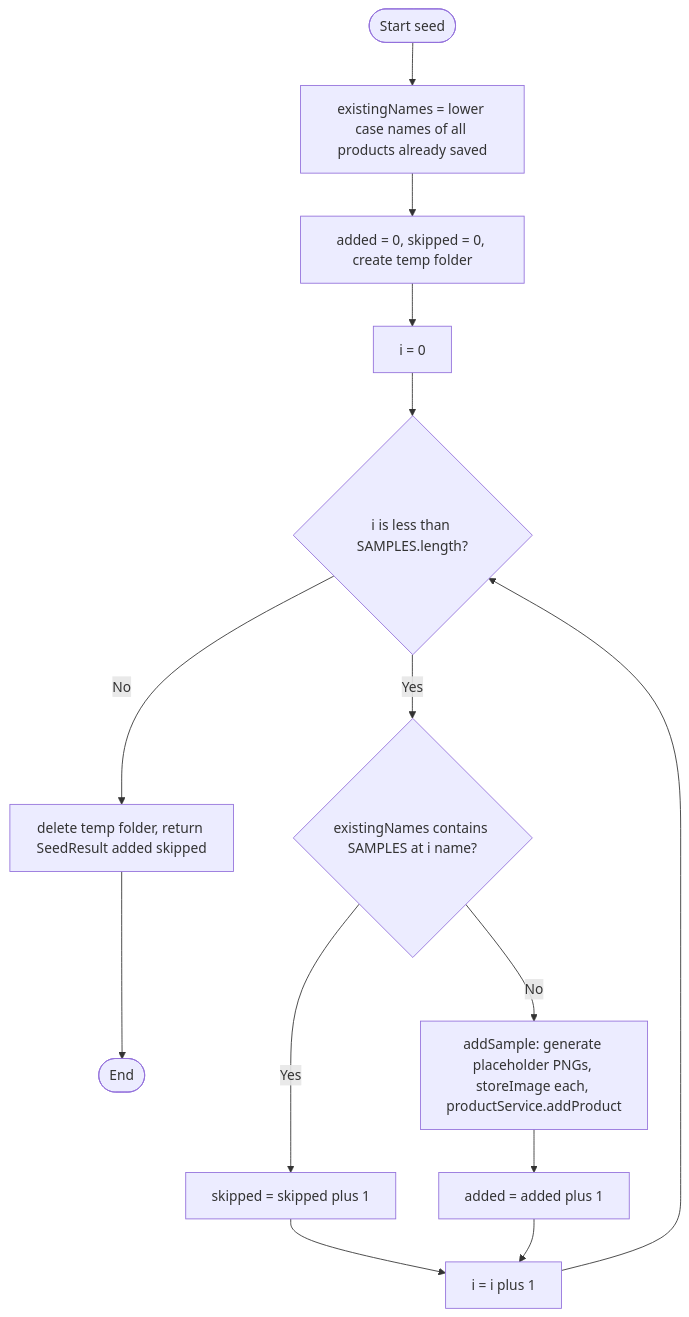
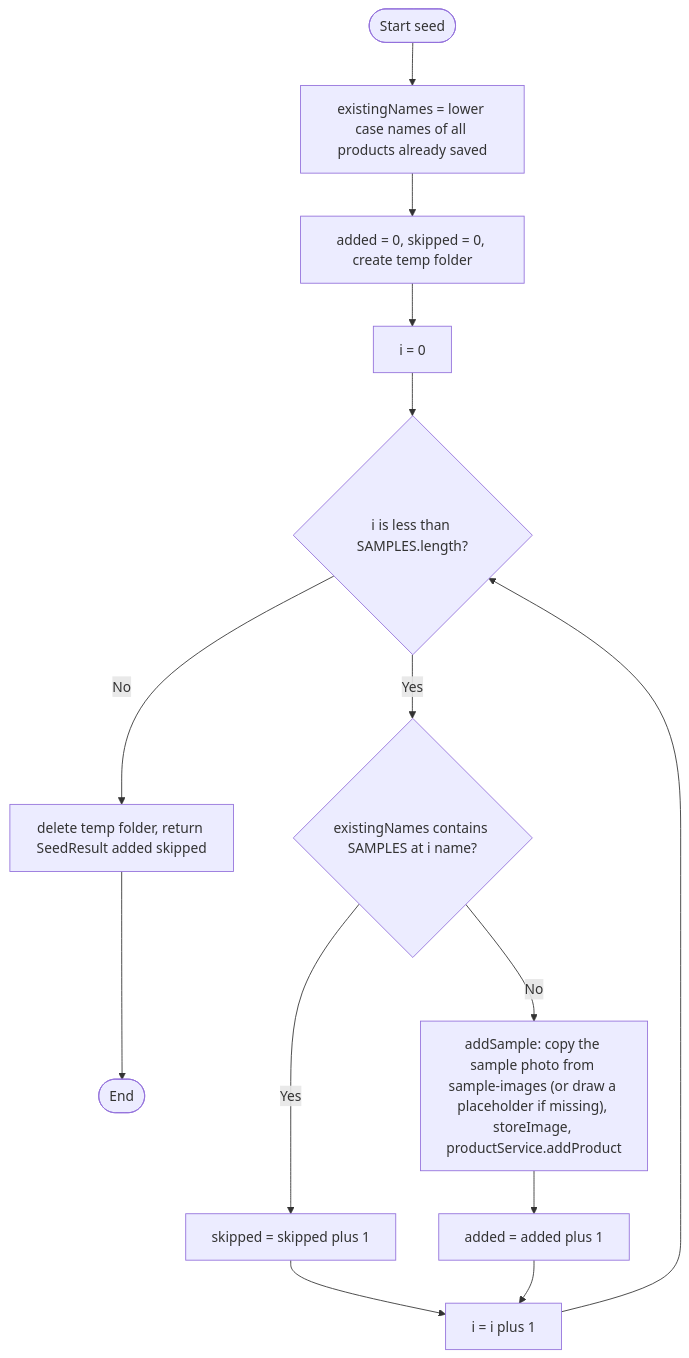
Before and after one commit to sfarshadchoudhury-dot/NC1605-Marketplace: diagram 23 of 29 in components/products/docs/04-diagrams.md, drawn with Mermaid. The commit also changed 21 other files, not shown here.

Commit message:
Add product photos for the sample data so everyone seeds the same pictures

````diff
--- a/components/products/docs/04-diagrams.md
+++ b/components/products/docs/04-diagrams.md
@@ -657,16 +657,16 @@
 ```mermaid
 flowchart TD
     A([Start seed]) --> B["existingNames = lower case names of all products already saved"]
     B --> C["added = 0, skipped = 0, create temp folder"]
     C --> D["i = 0"]
     D --> E{"i is less than SAMPLES.length?"}
     E -- No --> J["delete temp folder, return SeedResult added skipped"]
     E -- Yes --> F{"existingNames contains SAMPLES at i name?"}
     F -- Yes --> G["skipped = skipped plus 1"]
-    F -- No --> H["addSample: generate placeholder PNGs, storeImage each, productService.addProduct"]
+    F -- No --> H["addSample: copy the sample photo from sample-images (or draw a placeholder if missing), storeImage, productService.addProduct"]
     H --> I["added = added plus 1"]
     G --> K["i = i plus 1"]
     I --> K
     K --> E
     J --> Z([End])
 ```
````
